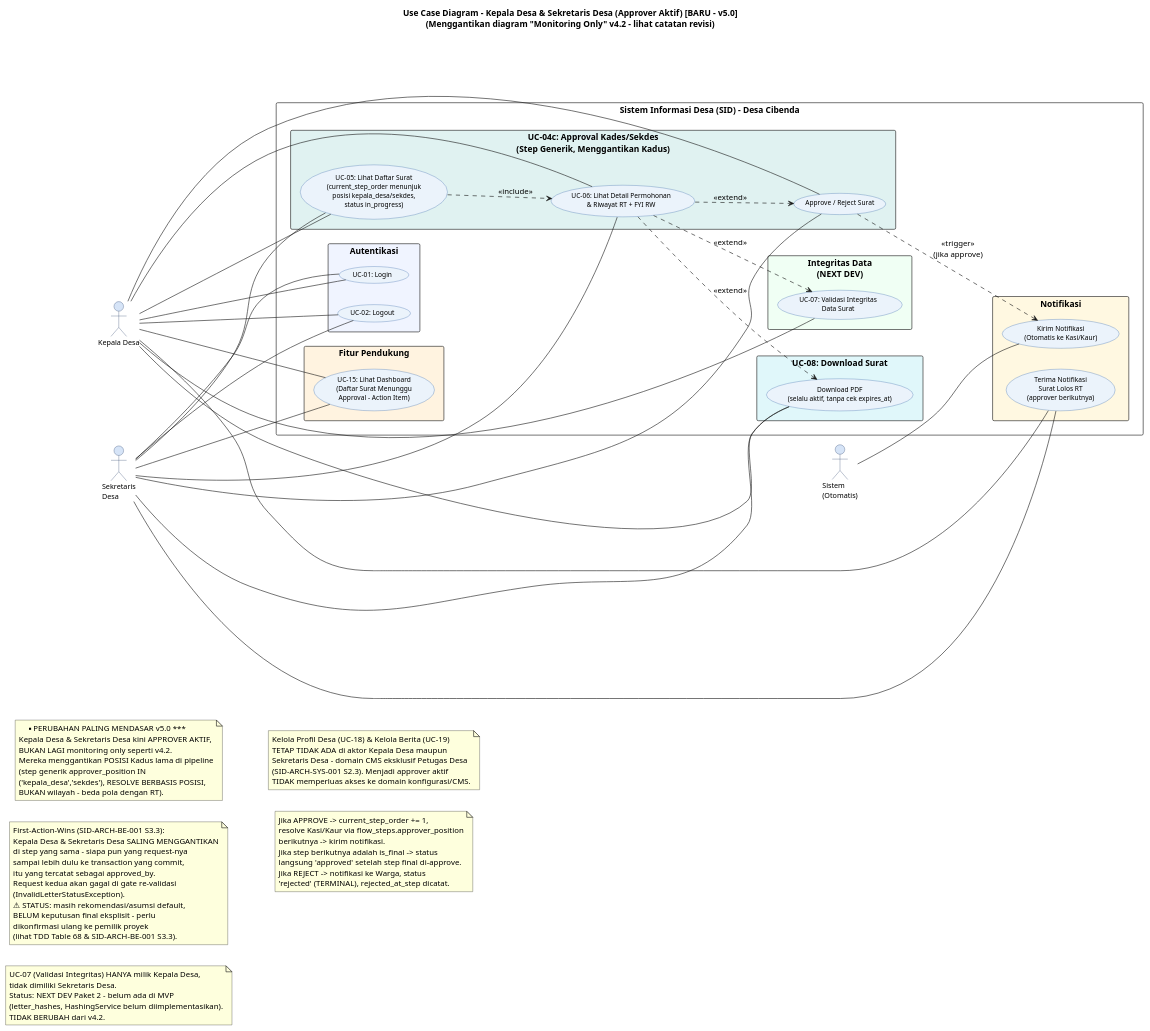
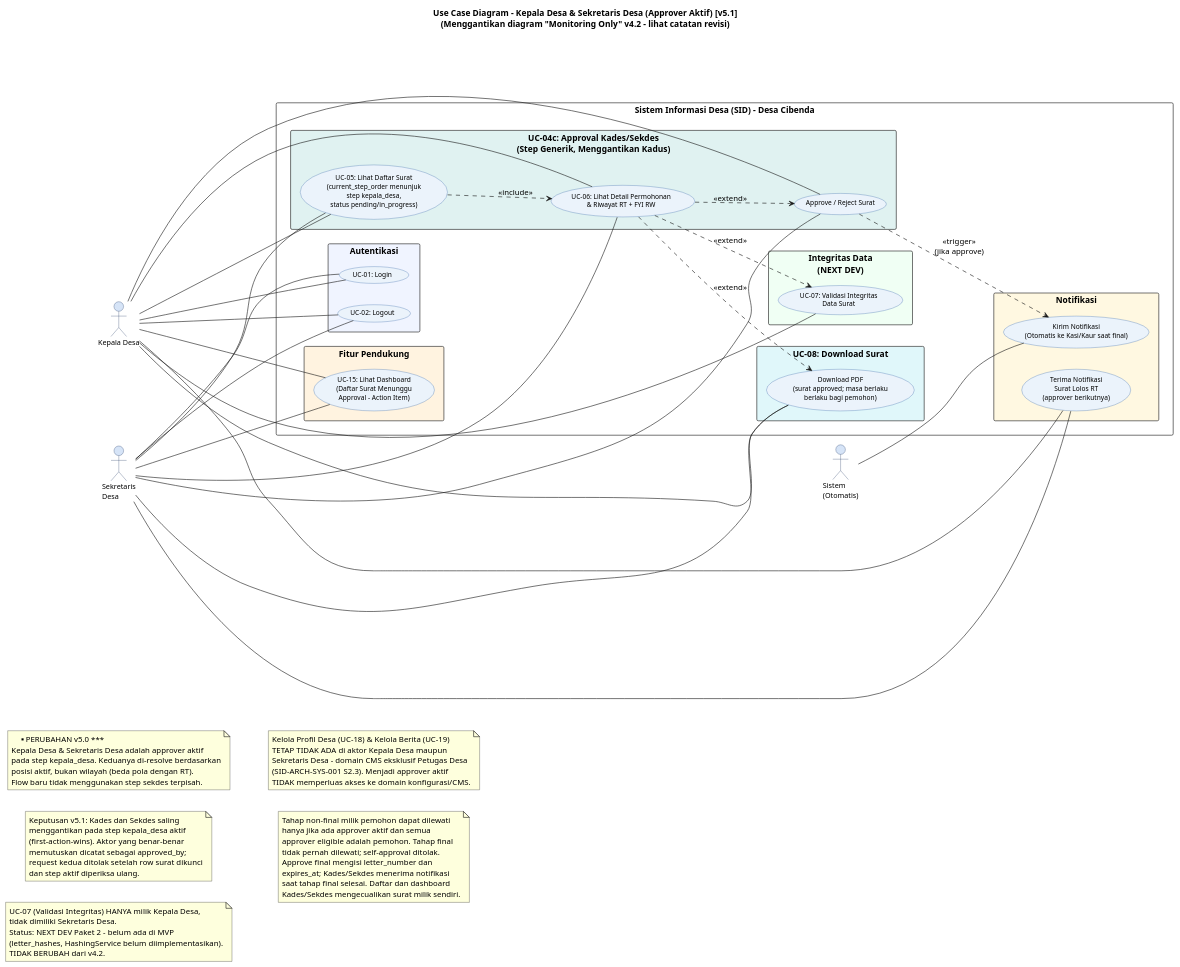
Before and after one commit to Vextronode/sid-app: the diagram in docs/diagram/code/usecase/05_UC_KepalaDesa_SekretarisDesa_v5.puml, drawn with PlantUML. The commit also changed other lines of this file and 152 other files, not shown here.

```diff
--- a/docs/diagram/code/usecase/05_UC_KepalaDesa_SekretarisDesa_v5.puml
+++ b/docs/diagram/code/usecase/05_UC_KepalaDesa_SekretarisDesa_v5.puml
@@ -13,95 +13,95 @@
 @startuml 5.3.1c_v5 UC_Kepala_Desa_Sekretaris_Desa
 left to right direction
 skinparam packageStyle rectangle
 skinparam backgroundColor #FFFFFF
 skinparam usecase {
   BackgroundColor #EBF3FB
   BorderColor #2E5FA3
   FontName Arial
   FontSize 11
 }
 skinparam actor {
   BackgroundColor #D6E4F7
   BorderColor #1F3864
   FontName Arial
   FontSize 12
 }
 
-title Use Case Diagram - Kepala Desa & Sekretaris Desa (Approver Aktif) [BARU - v5.0]\n(Menggantikan diagram "Monitoring Only" v4.2 - lihat catatan revisi)
+title Use Case Diagram - Kepala Desa & Sekretaris Desa (Approver Aktif) [v5.1]\n(Menggantikan diagram "Monitoring Only" v4.2 - lihat catatan revisi)
 
 actor "Kepala Desa" as KD
 actor "Sekretaris\nDesa" as SEKDES
 actor "Sistem\n(Otomatis)" as SYS
 
 rectangle "Sistem Informasi Desa (SID) - Desa Cibenda" {
 
   rectangle "Autentikasi" #F0F4FF {
     usecase "UC-01: Login" as UC_LOGIN
     usecase "UC-02: Logout" as UC_LOGOUT
   }
 
   rectangle "UC-04c: Approval Kades/Sekdes\n(Step Generik, Menggantikan Kadus)" #E0F2F1 {
-    usecase "UC-05: Lihat Daftar Surat\n(current_step_order menunjuk\nposisi kepala_desa/sekdes,\nstatus in_progress)" as UC_LIST
+    usecase "UC-05: Lihat Daftar Surat\n(current_step_order menunjuk\nstep kepala_desa,\nstatus pending/in_progress)" as UC_LIST
     usecase "UC-06: Lihat Detail Permohonan\n& Riwayat RT + FYI RW" as UC_DETAIL
     usecase "Approve / Reject Surat" as UC_APPROVE
   }
 
   rectangle "UC-08: Download Surat" #E0F7FA {
-    usecase "Download PDF\n(selalu aktif, tanpa cek expires_at)" as UC_DOWNLOAD
+    usecase "Download PDF\n(surat approved; masa berlaku\nberlaku bagi pemohon)" as UC_DOWNLOAD
   }
 
   rectangle "Integritas Data\n(NEXT DEV)" #F0FFF4 {
     usecase "UC-07: Validasi Integritas\nData Surat" as UC_VALID
   }
 
   rectangle "Notifikasi" #FFF8E1 {
     usecase "Terima Notifikasi\nSurat Lolos RT\n(approver berikutnya)" as UC_NOTIF_IN
-    usecase "Kirim Notifikasi\n(Otomatis ke Kasi/Kaur)" as UC_NOTIF_SND
+    usecase "Kirim Notifikasi\n(Otomatis ke Kasi/Kaur saat final)" as UC_NOTIF_SND
   }
 
   rectangle "Fitur Pendukung" #FFF3E0 {
     usecase "UC-15: Lihat Dashboard\n(Daftar Surat Menunggu\nApproval - Action Item)" as UC_DASH
   }
 }
 
 ' Relasi Kepala Desa
 KD -- UC_LOGIN
 KD -- UC_LOGOUT
 KD -- UC_LIST
 KD -- UC_DETAIL
 KD -- UC_APPROVE
 KD -- UC_DOWNLOAD
 KD -- UC_VALID
 KD -- UC_NOTIF_IN
 KD -- UC_DASH
 
 ' Relasi Sekretaris Desa - scope IDENTIK dengan Kepala Desa (saling menggantikan)
 SEKDES -- UC_LOGIN
 SEKDES -- UC_LOGOUT
 SEKDES -- UC_LIST
 SEKDES -- UC_DETAIL
 SEKDES -- UC_APPROVE
 SEKDES -- UC_DOWNLOAD
 SEKDES -- UC_NOTIF_IN
 SEKDES -- UC_DASH
 
 SYS -- UC_NOTIF_SND
 
 ' Relasi Internal
 UC_LIST ..> UC_DETAIL : <<include>>
 UC_DETAIL ..> UC_APPROVE : <<extend>>
 UC_DETAIL ..> UC_DOWNLOAD : <<extend>>
 UC_DETAIL ..> UC_VALID : <<extend>>
 UC_APPROVE ..> UC_NOTIF_SND : <<trigger>>\n(jika approve)
 
-note "*** PERUBAHAN PALING MENDASAR v5.0 ***\nKepala Desa & Sekretaris Desa kini APPROVER AKTIF,\nBUKAN LAGI monitoring only seperti v4.2.\nMereka menggantikan POSISI Kadus lama di pipeline\n(step generik approver_position IN\n('kepala_desa','sekdes'), RESOLVE BERBASIS POSISI,\nBUKAN wilayah - beda pola dengan RT)." as NOTE1
+note "*** PERUBAHAN v5.0 ***\nKepala Desa & Sekretaris Desa adalah approver aktif\npada step kepala_desa. Keduanya di-resolve berdasarkan\nposisi aktif, bukan wilayah (beda pola dengan RT).\nFlow baru tidak menggunakan step sekdes terpisah." as NOTE1
 
-note "First-Action-Wins (SID-ARCH-BE-001 S3.3):\nKepala Desa & Sekretaris Desa SALING MENGGANTIKAN\ndi step yang sama - siapa pun yang request-nya\nsampai lebih dulu ke transaction yang commit,\nitu yang tercatat sebagai approved_by.\nRequest kedua akan gagal di gate re-validasi\n(InvalidLetterStatusException).\n⚠ STATUS: masih rekomendasi/asumsi default,\nBELUM keputusan final eksplisit - perlu\ndikonfirmasi ulang ke pemilik proyek\n(lihat TDD Table 68 & SID-ARCH-BE-001 S3.3)." as NOTE2
+note "Keputusan v5.1: Kades dan Sekdes saling\nmenggantikan pada step kepala_desa aktif\n(first-action-wins). Aktor yang benar-benar\nmemutuskan dicatat sebagai approved_by;\nrequest kedua ditolak setelah row surat dikunci\ndan step aktif diperiksa ulang." as NOTE2
 
 note "UC-07 (Validasi Integritas) HANYA milik Kepala Desa,\ntidak dimiliki Sekretaris Desa.\nStatus: NEXT DEV Paket 2 - belum ada di MVP\n(letter_hashes, HashingService belum diimplementasikan).\nTIDAK BERUBAH dari v4.2." as NOTE3
 
 note "Kelola Profil Desa (UC-18) & Kelola Berita (UC-19)\nTETAP TIDAK ADA di aktor Kepala Desa maupun\nSekretaris Desa - domain CMS eksklusif Petugas Desa\n(SID-ARCH-SYS-001 S2.3). Menjadi approver aktif\nTIDAK memperluas akses ke domain konfigurasi/CMS." as NOTE4
 
-note "Jika APPROVE -> current_step_order += 1,\nresolve Kasi/Kaur via flow_steps.approver_position\nberikutnya -> kirim notifikasi.\nJika step berikutnya adalah is_final -> status\nlangsung 'approved' setelah step final di-approve.\nJika REJECT -> notifikasi ke Warga, status\n'rejected' (TERMINAL), rejected_at_step dicatat." as NOTE5
+note "Tahap non-final milik pemohon dapat dilewati\nhanya jika ada approver aktif dan semua\napprover eligible adalah pemohon. Tahap final\ntidak pernah dilewati; self-approval ditolak.\nApprove final mengisi letter_number dan\nexpires_at; Kades/Sekdes menerima notifikasi\nsaat tahap final selesai. Daftar dan dashboard\nKades/Sekdes mengecualikan surat milik sendiri." as NOTE5
 
 @enduml
```
